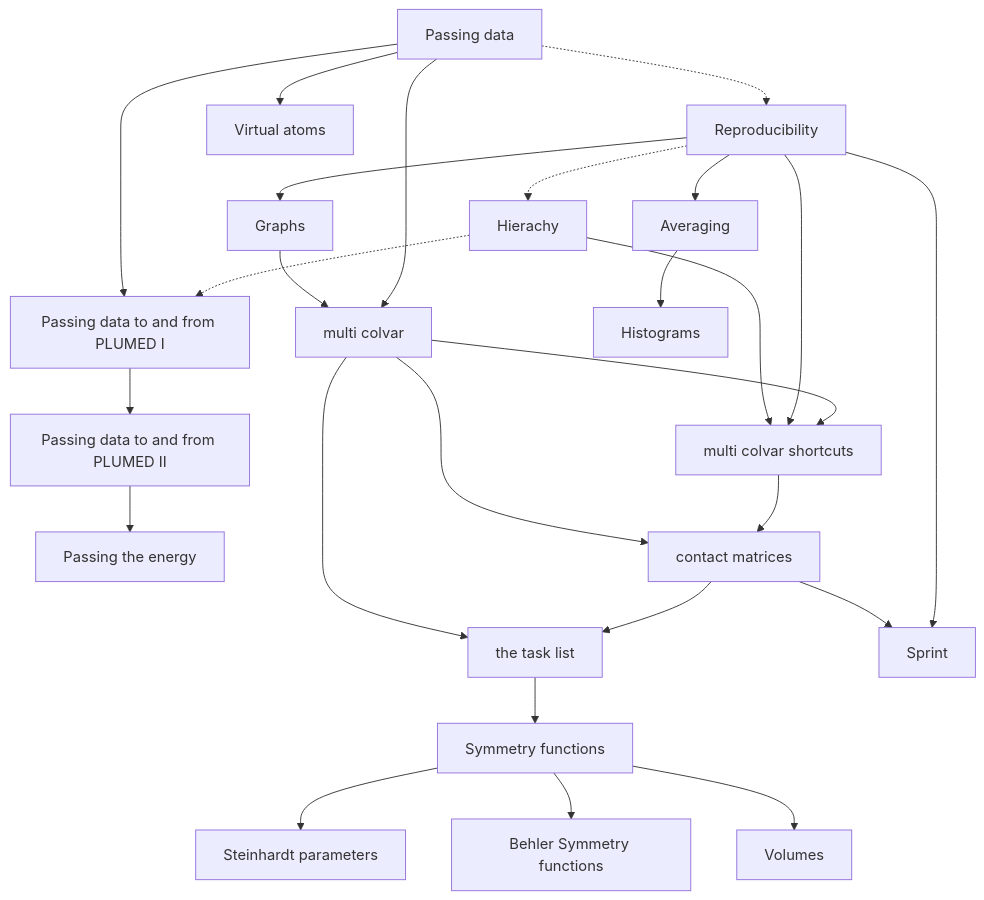
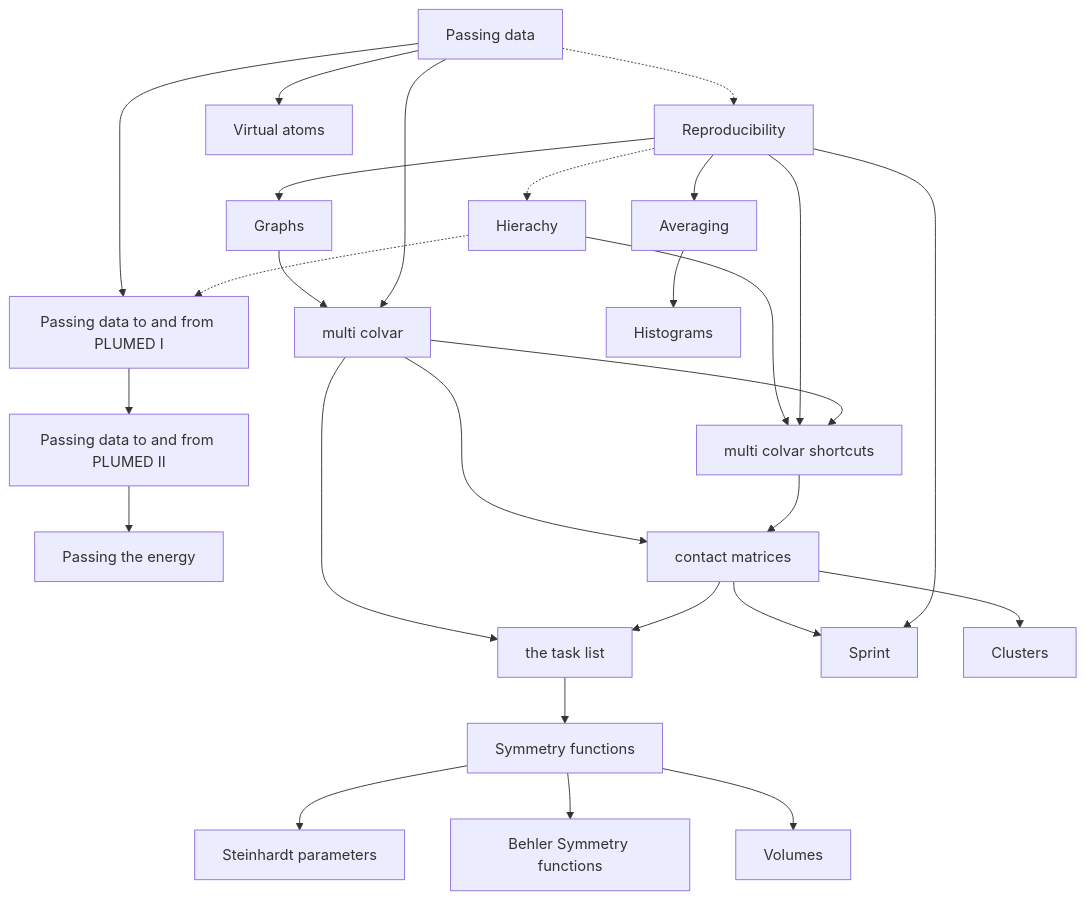
One commit to gtribello/plumed-thoughts changed the diagram in NAVIGATION.md. Above: the diagram before and after it, drawn with Mermaid. The commit also changed 1 other file, not shown here.

Commit message:
Added information on how to use clustering in new plumed

````diff
--- a/NAVIGATION.md
+++ b/NAVIGATION.md
@@ -21,47 +21,49 @@
 ```mermaid
 flowchart TB;
   A[Passing data] -.-> B[Reproducibility];
   B -.-> C[Hierachy];
   C -.-> D[Passing data to and from PLUMED I];
   D --> E[Passing data to and from PLUMED II];
   A --> D;
   E --> F[Passing the energy];
   A --> G[Virtual atoms]
   B --> H[Graphs]
   A --> I[multi colvar]
   H --> I
   I --> J[multi colvar shortcuts]
   B --> J
   C --> J
   J --> K[contact matrices]
   I --> K
   K --> L[the task list]
   I --> L
   B --> M[Sprint]
   K --> M
+  K --> T[Clusters]
   L --> Q[Symmetry functions]
   Q --> N[Steinhardt parameters]
   Q --> O[Behler Symmetry functions]
   Q --> P[Volumes]
   B --> R[Averaging]
   R --> S[Histograms]
   click A "Passing.md" "8th May 2023: General thoughts about how data is passed between PLUMED actions";
   click B "Reproducibility.md" "8th May 2023: General thoughts about why we want to do calculations that are reproducibile";
   click C "Community.md" "8th May 2023: General thoughts about how we support communities of scholars"
   click D "MDInterfaceI.md" "8th May 2023: A description of how data is passed to and from PLUMED"
   click E "MDInterfaceII.md" "21st May 2023: A description of how atomic properties are passed to and from PLUMED"
   click F "PassingEnergy.md" "21st May 2023: A description of how potential energy is passed to PLUMED"
   click G "VirtualAtoms.md" "22nd May 2023: A description of how virtual atom positions are passed between Actions in PLUMED"
   click H "Graphs.md" "1st June 2023: A description of the way we can use graphs to illustrate PLUMED input files"
   click I "MultiColvar.md" "1st June 2023: An explaination of how multicolvar is implemented"
   click J "MultiColvarShortcut.md" "9th June 2023: An explanation of how backwards compatibility for MultiColvar has been ensured and an introduction to ActionShortcut"
   click K "contactMatrix.md" "12th June 2023: An explanation of how coordination numbers and contact maps can be used to construct CVs"
   click L "Tasks.md" "13th June 2023: More details on how the task list are used in the calculation of MultiColvars and contact matrix based CVs"
   click M "Sprint.md" "3rd July 2023: Details on how SPRINT collective variables are implemented using shortcuts"
   click N "Steinhardt.md" "13th September 2023: An explanation of how Steinhardt parameters are implemented in PLUMED"
   click O "Behler.md" "14th September 2023: An explanation of how Behler-Parinello symmetry functions are implemented in PLUMED"
   click P "Volumes.md" "15th September 2023: Information on how you can use PLUMED to calculate the number of atoms and average for a symmetry function in a region"
   click Q "SymmetryFunction.md" "15th September 2023: Information on how you can use PLUMED to calculate symmetry functions"
   click R "averaging.md" "11th December 2023: Averages in the new version of PLUMED and thoughts about indistinguisability"
   click S "histograms.md" "11th December 2023: Histograms in the new version of PLUMED"
+  click T "Clusters.md" "28th Feburary 2024: DFS clustering in the new version of PLUMED"
 ```
````
